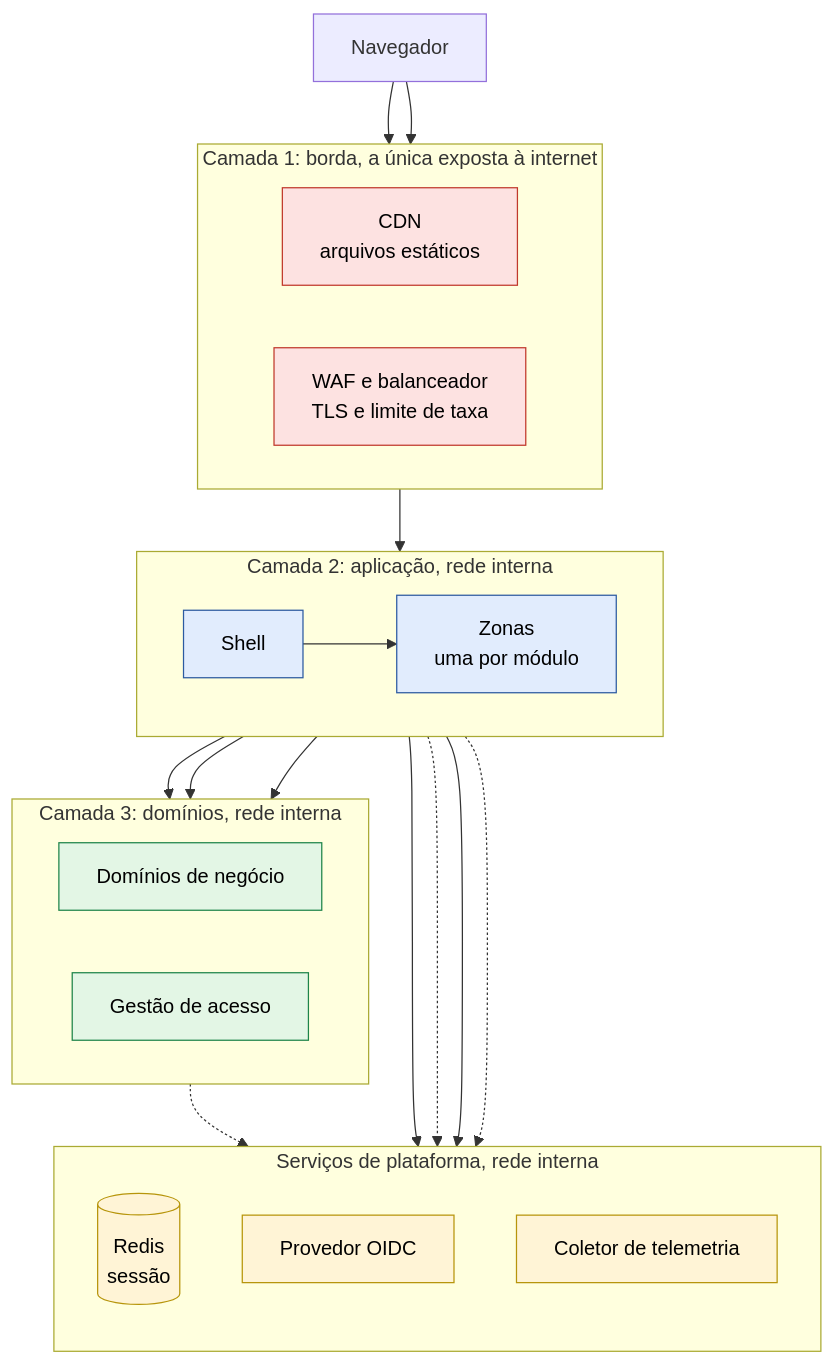
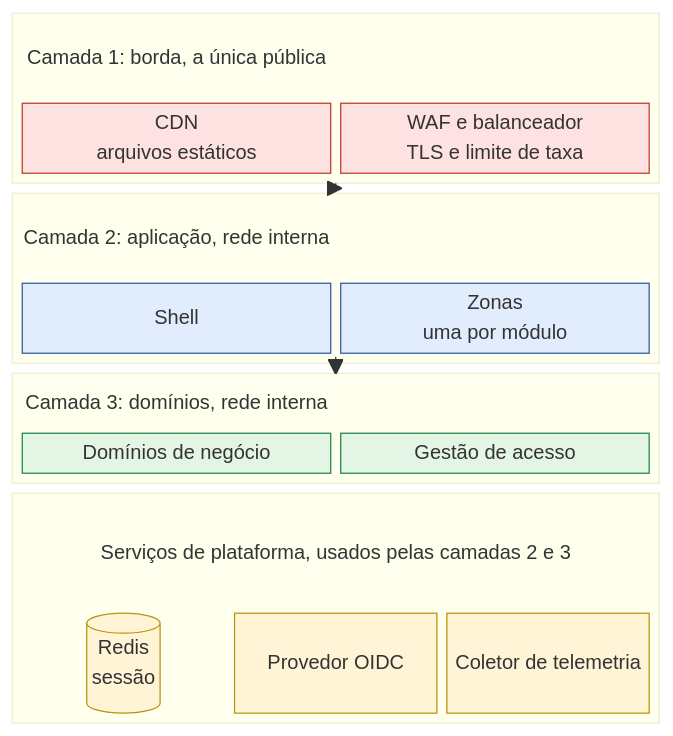
One commit to ArtroxGabriel/nextjs-mfe changed the first of 4 diagrams in docs/arquitetura/infraestrutura-alvo.md. Above: the diagram before and after it, drawn with Mermaid. The commit also changed other lines of this file and 2 other files, not shown here.

Commit message:
docs: layer diagram as block-beta and one-line paragraphs (checked rendered with ghpdf, local mermaid only); C3 cost section explained step by step; ADR-0015 decisions moved to the hybrid

````diff
--- a/docs/arquitetura/infraestrutura-alvo.md
+++ b/docs/arquitetura/infraestrutura-alvo.md
@@ -29,51 +23,36 @@
 ```mermaid
-flowchart TB
-    NAV["Navegador"]
-
-    subgraph BORDA["Camada 1: borda, a única exposta à internet"]
-        direction LR
-        CDN["CDN<br/>arquivos estáticos"]
-        LB["WAF e balanceador<br/>TLS e limite de taxa"]
-    end
-
-    subgraph APP["Camada 2: aplicação, rede interna"]
-        direction LR
-        SH["Shell"]
-        ZN["Zonas<br/>uma por módulo"]
-    end
-
-    subgraph DOM["Camada 3: domínios, rede interna"]
-        direction LR
-        DN["Domínios de negócio"]
-        GA["Gestão de acesso"]
-    end
-
-    subgraph PLAT["Serviços de plataforma, rede interna"]
-        direction TB
-        RD[("Redis<br/>sessão")]
-        ID["Provedor OIDC"]
-        OT["Coletor de telemetria"]
-    end
-
-    NAV --> CDN
-    NAV --> LB
-    LB --> SH
-    SH --> ZN
-    ZN --> DN
-    SH --> GA
-    ZN --> GA
-    SH --> RD
-    ZN -.-> RD
-    SH --> ID
-    DN -.-> ID
-    APP -.-> OT
-
-    classDef borda fill:#fde2e1,stroke:#c0392b,color:#000
-    classDef app fill:#e1ecfd,stroke:#2c5aa0,color:#000
-    classDef dom fill:#e3f6e5,stroke:#1e8449,color:#000
-    classDef plat fill:#fff4d6,stroke:#b7950b,color:#000
-    class CDN,LB borda
-    class SH,ZN app
-    class DN,GA dom
-    class RD,ID,OT plat
+block-beta
+  columns 3
+  block:BORDA:3
+    columns 2
+    T1["Camada 1: borda, a única pública"]:2
+    CDN["CDN<br/>arquivos estáticos"] LB["WAF e balanceador<br/>TLS e limite de taxa"]
+  end
+  block:APP:3
+    columns 2
+    T2["Camada 2: aplicação, rede interna"]:2
+    SH["Shell"] ZN["Zonas<br/>uma por módulo"]
+  end
+  block:DOM:3
+    columns 2
+    T3["Camada 3: domínios, rede interna"]:2
+    DN["Domínios de negócio"] GA["Gestão de acesso"]
+  end
+  block:PLAT:3
+    columns 3
+    T4["Serviços de plataforma, usados pelas camadas 2 e 3"]:3
+    RD[("Redis<br/>sessão")] ID["Provedor OIDC"] OT["Coletor de telemetria"]
+  end
+  BORDA --> APP
+  APP --> DOM
+  classDef borda fill:#fde2e1,stroke:#c0392b,color:#000
+  classDef app fill:#e1ecfd,stroke:#2c5aa0,color:#000
+  classDef dom fill:#e3f6e5,stroke:#1e8449,color:#000
+  classDef plat fill:#fff4d6,stroke:#b7950b,color:#000
+  classDef titulo fill:none,stroke:none,color:#000
+  class CDN,LB borda
+  class SH,ZN app
+  class DN,GA dom
+  class RD,ID,OT plat
+  class T1,T2,T3,T4 titulo
 ```
````
